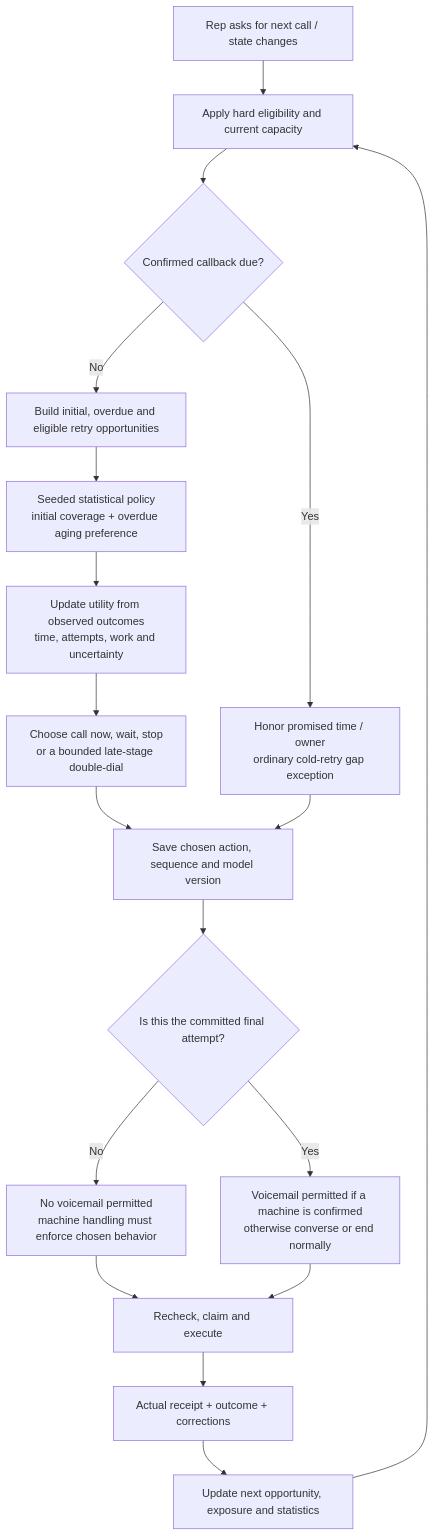
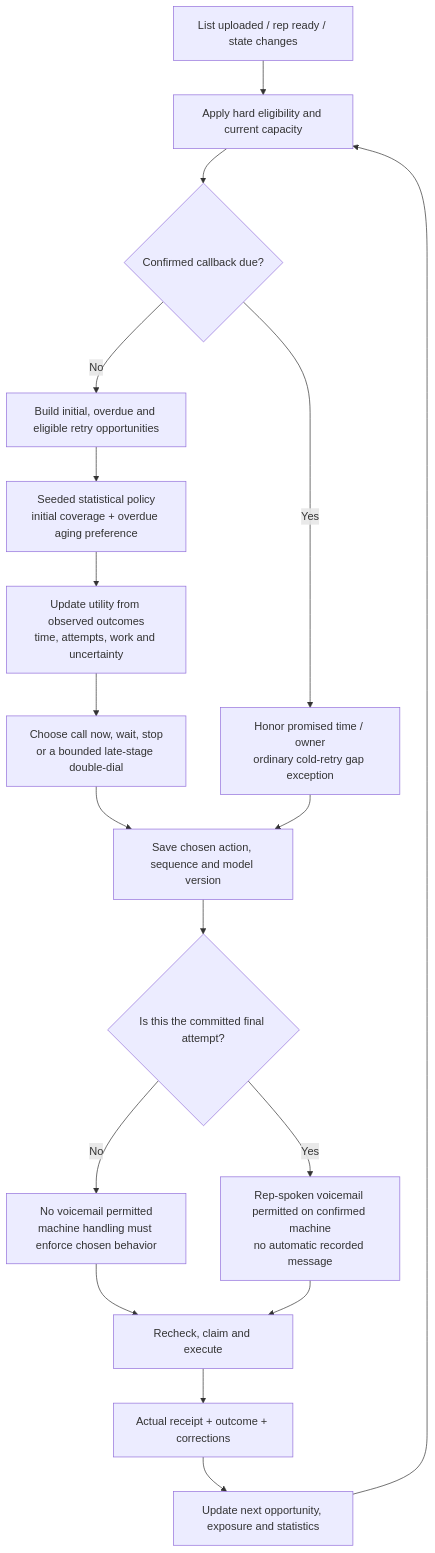
The fourth of 5 diagrams in docs/ARCHITECTURE.md (TanushV/OpenDialer), drawn with Mermaid before and after one commit. The commit also changed other lines of this file and 1 other file, not shown here.

Commit message:
Clarify final-stage retries and automatic rep workflow requirements

````diff
--- a/docs/ARCHITECTURE.md
+++ b/docs/ARCHITECTURE.md
@@ -333,20 +357,20 @@
 ```mermaid
 flowchart TD
-    Event["Rep asks for next call / state changes"] --> Eligible["Apply hard eligibility and current capacity"]
+    Event["List uploaded / rep ready / state changes"] --> Eligible["Apply hard eligibility and current capacity"]
     Eligible --> Callback{"Confirmed callback due?"}
     Callback -->|Yes| Promised["Honor promised time / owner<br/>ordinary cold-retry gap exception"]
     Callback -->|No| Candidates["Build initial, overdue and eligible retry opportunities"]
     Candidates --> Prior["Seeded statistical policy<br/>initial coverage + overdue aging preference"]
     Prior --> Score["Update utility from observed outcomes<br/>time, attempts, work and uncertainty"]
     Score --> Decide["Choose call now, wait, stop<br/>or a bounded late-stage double-dial"]
     Decide --> Plan["Save chosen action, sequence and model version"]
     Promised --> Plan
     Plan --> Final{"Is this the committed final attempt?"}
     Final -->|No| NoVM["No voicemail permitted<br/>machine handling must enforce chosen behavior"]
-    Final -->|Yes| VM["Voicemail permitted if a machine is confirmed<br/>otherwise converse or end normally"]
+    Final -->|Yes| VM["Rep-spoken voicemail permitted on confirmed machine<br/>no automatic recorded message"]
     NoVM --> Call["Recheck, claim and execute"]
     VM --> Call
     Call --> Outcome["Actual receipt + outcome + corrections"]
     Outcome --> Update["Update next opportunity, exposure and statistics"]
     Update --> Eligible
 ```
````
